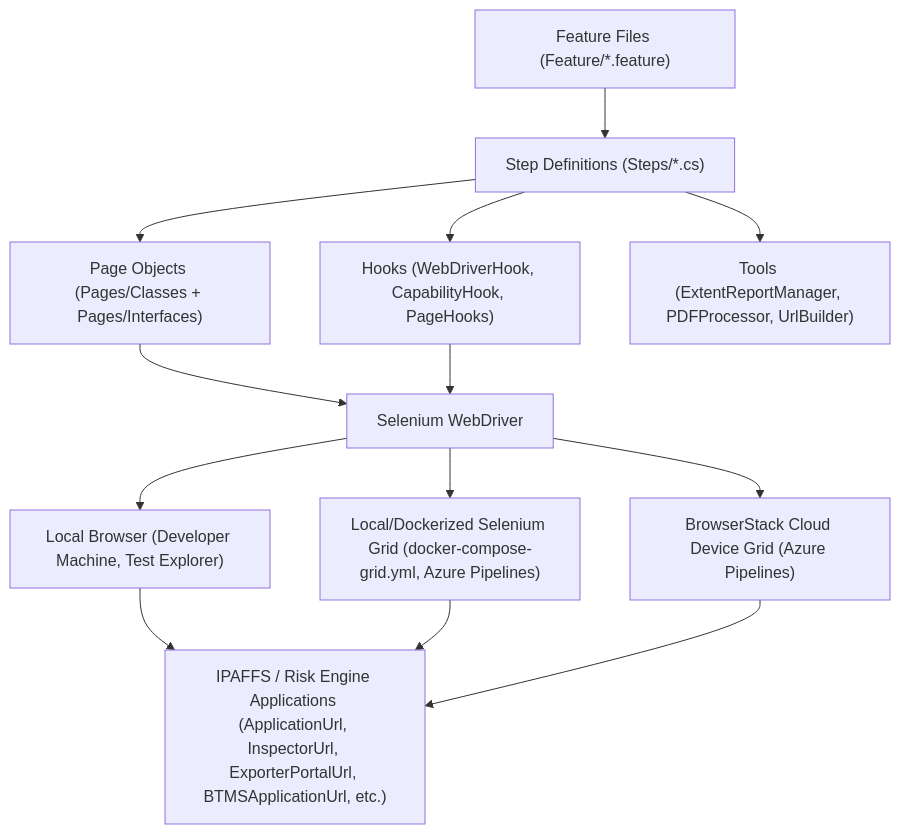
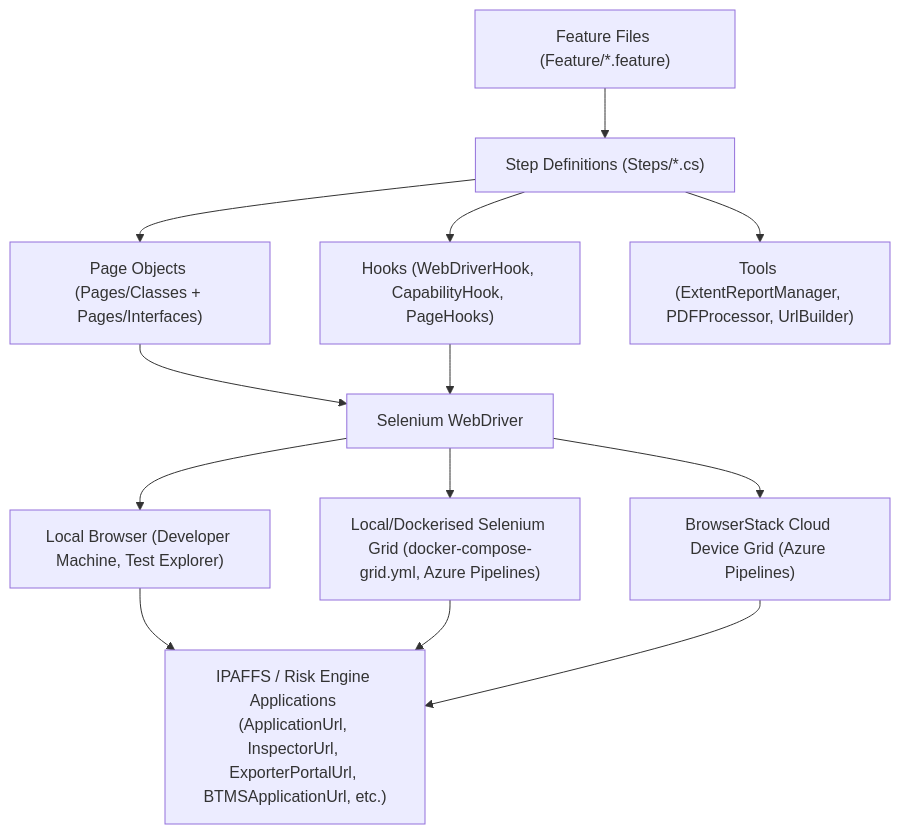
Before and after one commit to DEFRA/ipaff-ops-automation-tests: the diagram in README.md, drawn with Mermaid. The commit also changed other lines of this file, not shown here.

````diff
--- a/README.md
+++ b/README.md
@@ -21,15 +21,15 @@
 ```mermaid
 flowchart TD
 	A["Feature Files (Feature/*.feature)"] --> B["Step Definitions (Steps/*.cs)"]
 	B --> C["Page Objects (Pages/Classes + Pages/Interfaces)"]
 	C --> D["Selenium WebDriver"]
 	B --> E["Hooks (WebDriverHook, CapabilityHook, PageHooks)"]
 	E --> D
 	D --> F["Local Browser (Developer Machine, Test Explorer)"]
-	D --> G["Local/Dockerized Selenium Grid (docker-compose-grid.yml, Azure Pipelines)"]
+	D --> G["Local/Dockerised Selenium Grid (docker-compose-grid.yml, Azure Pipelines)"]
 	D --> H["BrowserStack Cloud Device Grid (Azure Pipelines)"]
 	F --> I["IPAFFS / Risk Engine Applications (ApplicationUrl, InspectorUrl, ExporterPortalUrl, BTMSApplicationUrl, etc.)"]
 	G --> I
 	H --> I
 	B --> J["Tools (ExtentReportManager, PDFProcessor, UrlBuilder)"]
 ```
````
